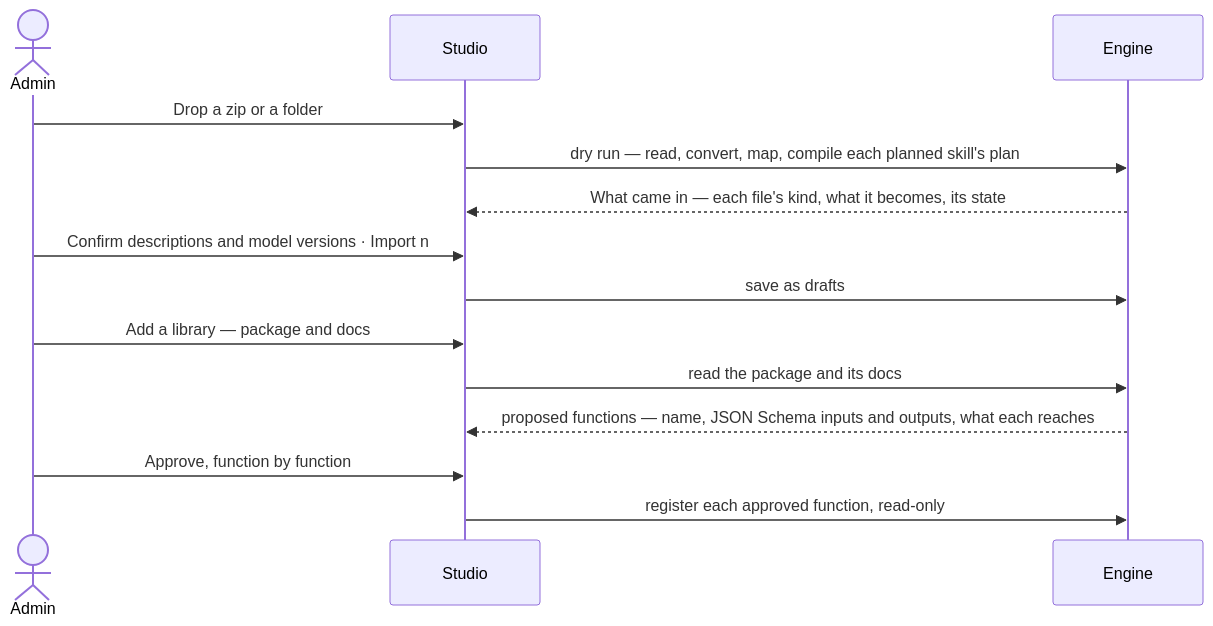
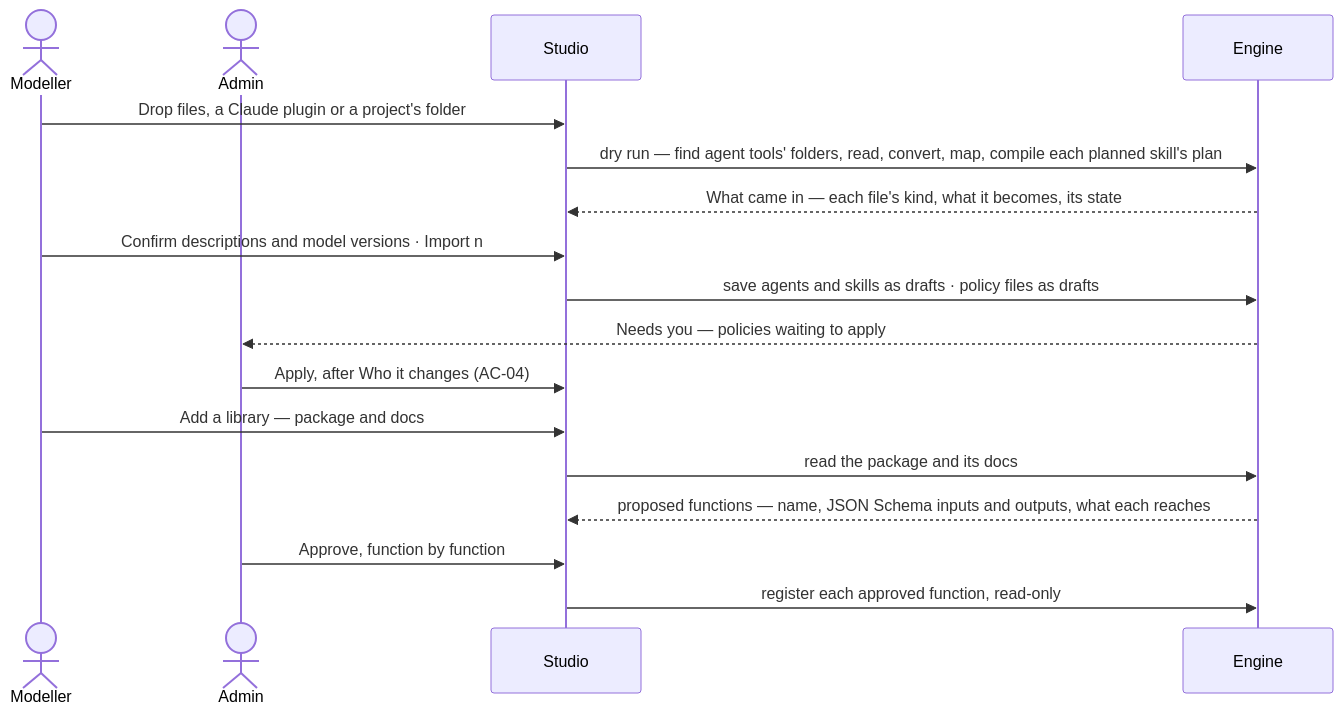
The second of 2 diagrams in specs/capabilities/agents/features/AG-F08-portable-agents-and-skills/feature.md (invana/invana), drawn with Mermaid before and after one commit. The commit also changed other lines of this file and 300 other files, not shown here.

````diff
--- a/specs/capabilities/agents/features/AG-F08-portable-agents-and-skills/feature.md
+++ b/specs/capabilities/agents/features/AG-F08-portable-agents-and-skills/feature.md
@@ -46,16 +53,19 @@
 ```mermaid
 sequenceDiagram
+  actor M as Modeller
   actor A as Admin
   participant S as Studio
   participant E as Engine
-  A->>S: Drop a zip or a folder
-  S->>E: dry run — read, convert, map, compile each planned skill's plan
+  M->>S: Drop files, a Claude plugin or a project's folder
+  S->>E: dry run — find agent tools' folders, read, convert, map, compile each planned skill's plan
   E-->>S: What came in — each file's kind, what it becomes, its state
-  A->>S: Confirm descriptions and model versions · Import n
-  S->>E: save as drafts
-  A->>S: Add a library — package and docs
+  M->>S: Confirm descriptions and model versions · Import n
+  S->>E: save agents and skills as drafts · policy files as drafts
+  E-->>A: Needs you — policies waiting to apply
+  A->>S: Apply, after Who it changes (AC-04)
+  M->>S: Add a library — package and docs
   S->>E: read the package and its docs
   E-->>S: proposed functions — name, JSON Schema inputs and outputs, what each reaches
   A->>S: Approve, function by function
   S->>E: register each approved function, read-only
 ```
````
